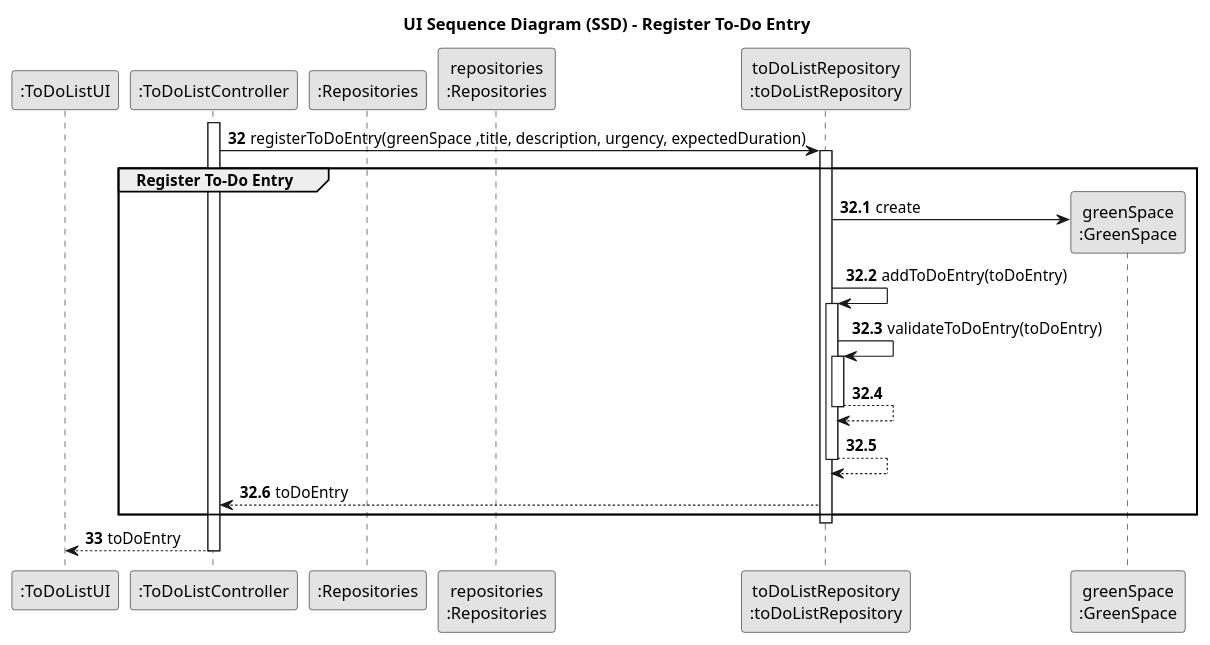
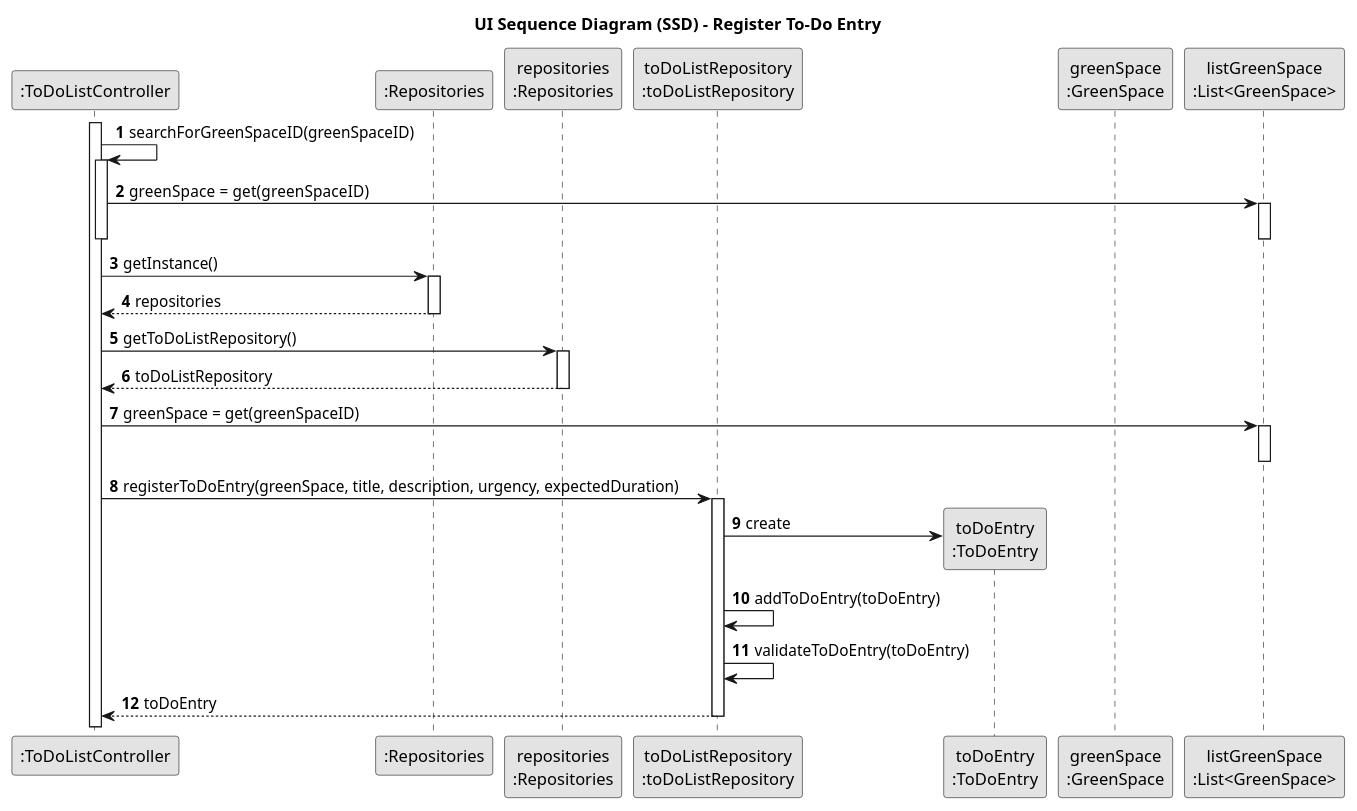
One commit to SAEmanuel/Green_Spaces_Management_ISEP changed the diagram in docs/sprintC/us021/03.design/puml/us021-sequence-diagram-partial-register-to-do-entry.puml. Above: the diagram before and after it, drawn with PlantUML. The commit also changed 13 other files, not shown here.

```diff
--- a/docs/sprintC/us021/03.design/puml/us021-sequence-diagram-partial-register-to-do-entry.puml
+++ b/docs/sprintC/us021/03.design/puml/us021-sequence-diagram-partial-register-to-do-entry.puml
@@ -1,45 +1,58 @@
 @startuml
 skinparam monochrome true
 skinparam packageStyle rectangle
 skinparam shadowing false
 
 title UI Sequence Diagram (SSD) - Register To-Do Entry
 
 autonumber
 
-
-participant ":ToDoListUI" as UI
 participant ":ToDoListController" as CTRL
 participant ":Repositories" as RepositorySingleton
 participant "repositories\n:Repositories" as PLAT
 participant "toDoListRepository\n:toDoListRepository" as toDoListRepository
+participant "toDoEntry\n:ToDoEntry" as TODO
 participant "greenSpace\n:GreenSpace" as GREEN
-
+participant "listGreenSpace\n:List<GreenSpace>" as listGreenSpace
 
 activate CTRL
 
-autonumber 32
-CTRL -> toDoListRepository : registerToDoEntry(greenSpace ,title, description, urgency, expectedDuration)
+            CTRL -> CTRL : searchForGreenSpaceID(greenSpaceID)
+            activate CTRL
+
+                CTRL -> listGreenSpace: greenSpace  = get(greenSpaceID)
+                activate listGreenSpace
+                deactivate listGreenSpace
+
+
+            deactivate CTRL
+
+
+
+        CTRL -> RepositorySingleton : getInstance()
+        activate RepositorySingleton
+
+        RepositorySingleton --> CTRL: repositories
+        deactivate RepositorySingleton
+
+        CTRL -> PLAT : getToDoListRepository()
+        activate PLAT
+
+        PLAT --> CTRL: toDoListRepository
+        deactivate PLAT
+
+CTRL -> listGreenSpace: greenSpace = get(greenSpaceID)
+activate listGreenSpace
+deactivate listGreenSpace
+
+CTRL -> toDoListRepository : registerToDoEntry(greenSpace, title, description, urgency, expectedDuration)
 activate toDoListRepository
-group Register To-Do Entry
-autonumber 32.1
-toDoListRepository -> GREEN** : create
+
+toDoListRepository -> TODO** : create
 toDoListRepository -> toDoListRepository : addToDoEntry(toDoEntry)
-activate toDoListRepository
 toDoListRepository -> toDoListRepository : validateToDoEntry(toDoEntry)
-activate toDoListRepository
-toDoListRepository --> toDoListRepository
-deactivate toDoListRepository
-toDoListRepository --> toDoListRepository
-deactivate toDoListRepository
 toDoListRepository --> CTRL : toDoEntry
-end
 deactivate toDoListRepository
 
-autonumber 33
-CTRL --> UI : toDoEntry
-deactivate CTRL
-
-deactivate UI
 
 @enduml
```
